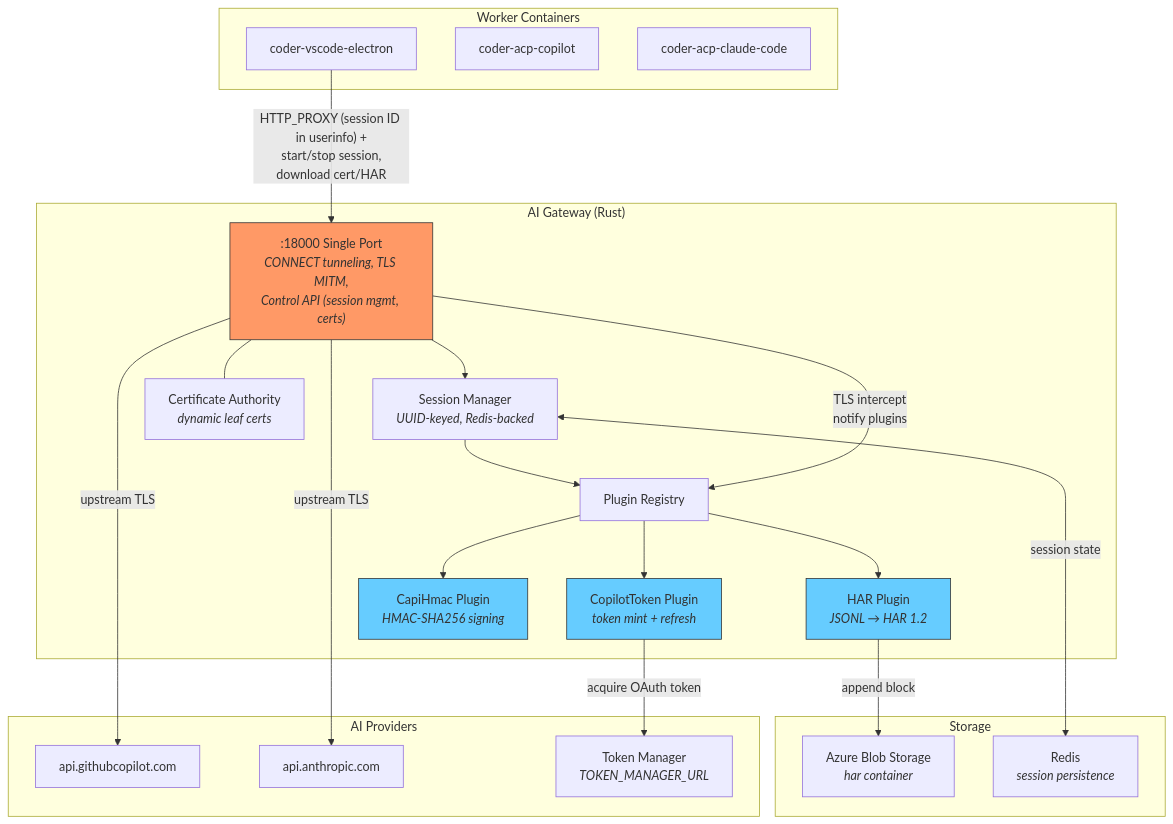
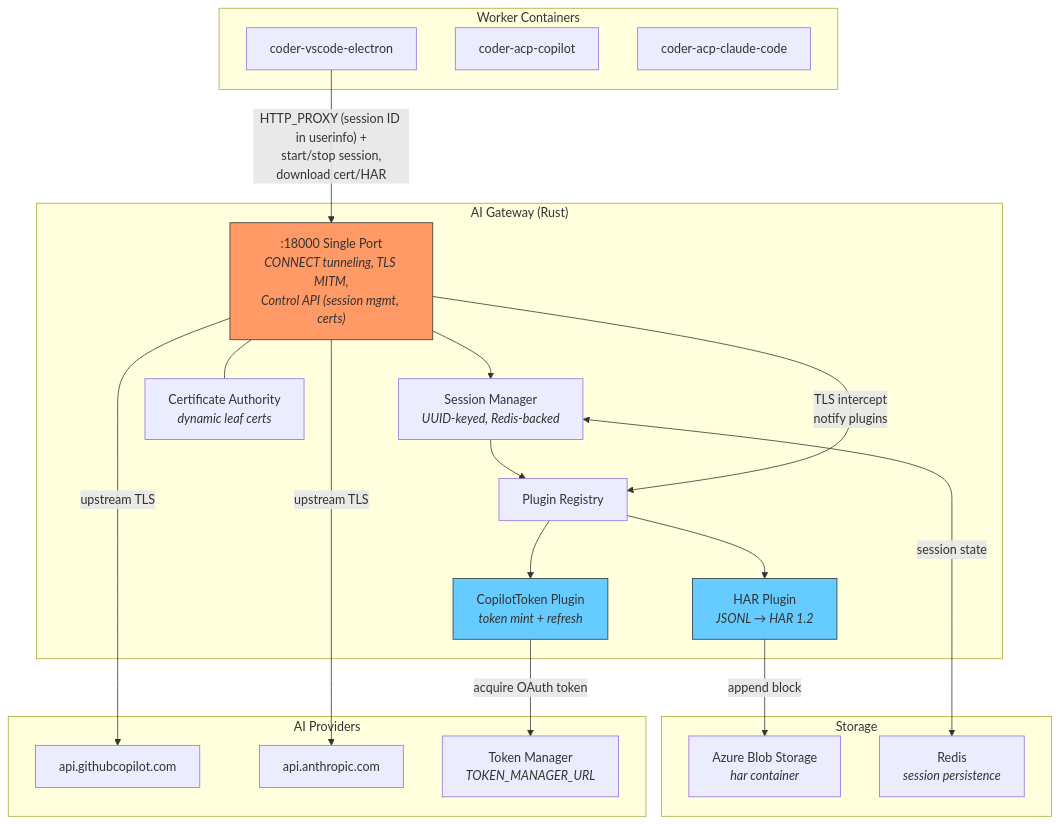
One commit to SHULMIT/scope changed the first of 5 diagrams in docs/architecture/ai-gateway.md. Above: the diagram before and after it, drawn with Mermaid. The commit also changed other lines of this file and 8 other files, not shown here.

First line of the commit message:
refactor(gateway): move capi_hmac plugin and docs out of tree

````diff
--- a/docs/architecture/ai-gateway.md
+++ b/docs/architecture/ai-gateway.md
@@ -23,48 +23,45 @@
 ```mermaid
 flowchart TB
     subgraph Workers["Worker Containers"]
         W1["coder-vscode-electron"]
         W2["coder-acp-copilot"]
         W3["coder-acp-claude-code"]
     end
 
     subgraph GW["AI Gateway (Rust)"]
         PX[":18000 Single Port<br/><i>CONNECT tunneling, TLS MITM,<br/>Control API (session mgmt, certs)</i>"]
         SM["Session Manager<br/><i>UUID-keyed, Redis-backed</i>"]
         PR["Plugin Registry"]
         HAR["HAR Plugin<br/><i>JSONL → HAR 1.2</i>"]
         CT["CopilotToken Plugin<br/><i>token mint + refresh</i>"]
-        HMAC["CapiHmac Plugin<br/><i>HMAC-SHA256 signing</i>"]
         CA["Certificate Authority<br/><i>dynamic leaf certs</i>"]
     end
 
     subgraph Storage["Storage"]
         BLOB["Azure Blob Storage<br/><i>har container</i>"]
         REDIS["Redis<br/><i>session persistence</i>"]
     end
 
     subgraph Upstream["AI Providers"]
         GH["api.githubcopilot.com"]
         AN["api.anthropic.com"]
         TM["Token Manager<br/><i>TOKEN_MANAGER_URL</i>"]
     end
 
     W1 -->|"HTTP_PROXY (session ID in userinfo) +<br/>start/stop session,<br/>download cert/HAR"| PX
     PX --> SM
     SM --> PR
     SM <-->|"session state"| REDIS
     PR --> HAR
     PR --> CT
-    PR --> HMAC
     HAR -->|"append block"| BLOB
     CT -->|"acquire OAuth token"| TM
     PX -->|"TLS intercept<br/>notify plugins"| PR
     PX -->|"upstream TLS"| GH
     PX -->|"upstream TLS"| AN
     PX --- CA
 
     style PX fill:#f96,stroke:#333
     style HAR fill:#6cf,stroke:#333
     style CT fill:#6cf,stroke:#333
-    style HMAC fill:#6cf,stroke:#333
 ```
````
